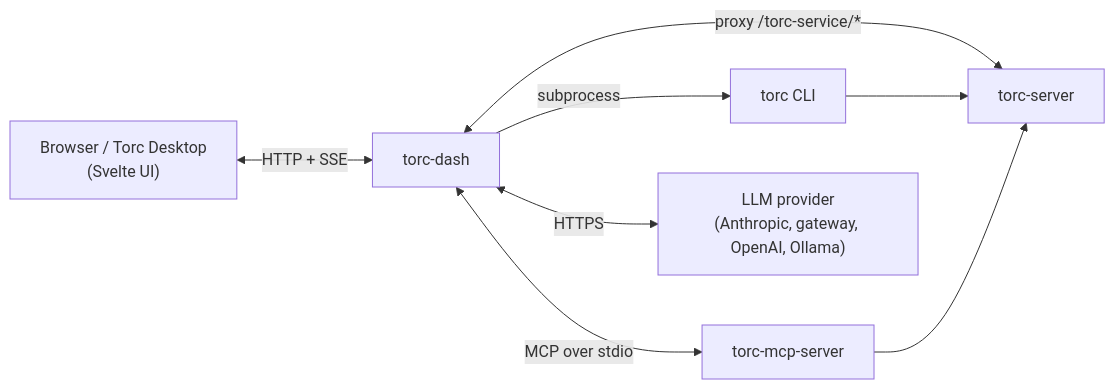
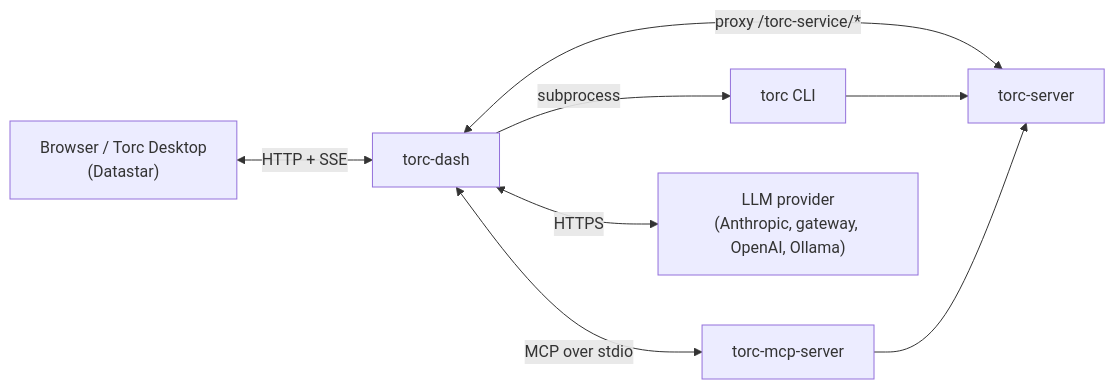
Before and after one commit to NatLabRockies/torc: the first of 2 diagrams in docs/src/specialized/design/dashboard.md, drawn with Mermaid. The commit also changed other lines of this file and 140 other files, not shown here.

First line of the commit message:
torc-dash: remove the Svelte app; token in a header, not a cookie

````diff
--- a/docs/src/specialized/design/dashboard.md
+++ b/docs/src/specialized/design/dashboard.md
@@ -23,10 +24,10 @@
 ```mermaid
 flowchart LR
-    Browser["Browser / Torc Desktop<br/>(Svelte UI)"] <-->|HTTP + SSE| Dash["torc-dash"]
+    Browser["Browser / Torc Desktop<br/>(Datastar)"] <-->|HTTP + SSE| Dash["torc-dash"]
     Dash <-->|"proxy /torc-service/*"| Server["torc-server"]
     Dash -->|subprocess| CLI["torc CLI"]
     Dash <-->|"MCP over stdio"| MCP["torc-mcp-server"]
     Dash <-->|HTTPS| LLM["LLM provider<br/>(Anthropic, gateway, OpenAI, Ollama)"]
     CLI --> Server
     MCP --> Server
 ```
````
